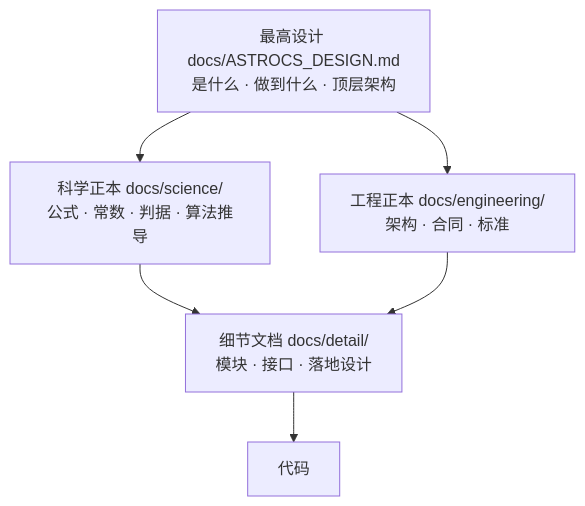
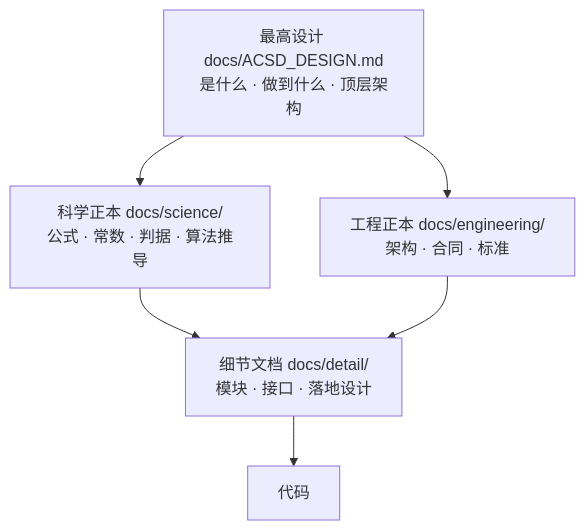
The diagram in AGENTS.md (fujiaze/Astro-CS-Database), drawn with Mermaid before and after one commit. The commit also changed other lines of this file and 1386 other files, not shown here.

````diff
--- a/AGENTS.md
+++ b/AGENTS.md
@@ -19,13 +19,13 @@
 ```mermaid
 flowchart TD
-    D["最高设计 docs/ASTROCS_DESIGN.md<br/>是什么 · 做到什么 · 顶层架构"]
+    D["最高设计 docs/ACSD_DESIGN.md<br/>是什么 · 做到什么 · 顶层架构"]
     S["科学正本 docs/science/<br/>公式 · 常数 · 判据 · 算法推导"]
     E["工程正本 docs/engineering/<br/>架构 · 合同 · 标准"]
     X["细节文档 docs/detail/<br/>模块 · 接口 · 落地设计"]
     C["代码"]
     D --> S
     D --> E
     S --> X
     E --> X
     X --> C
 ```
````
